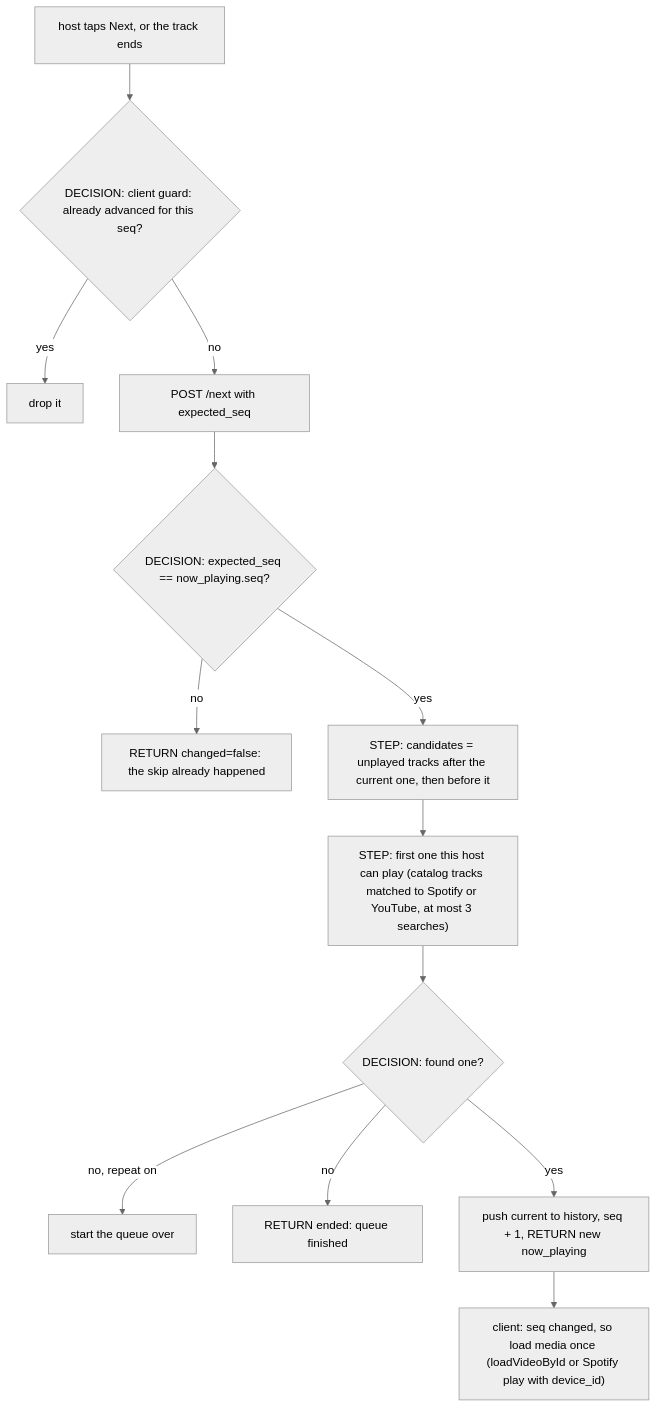
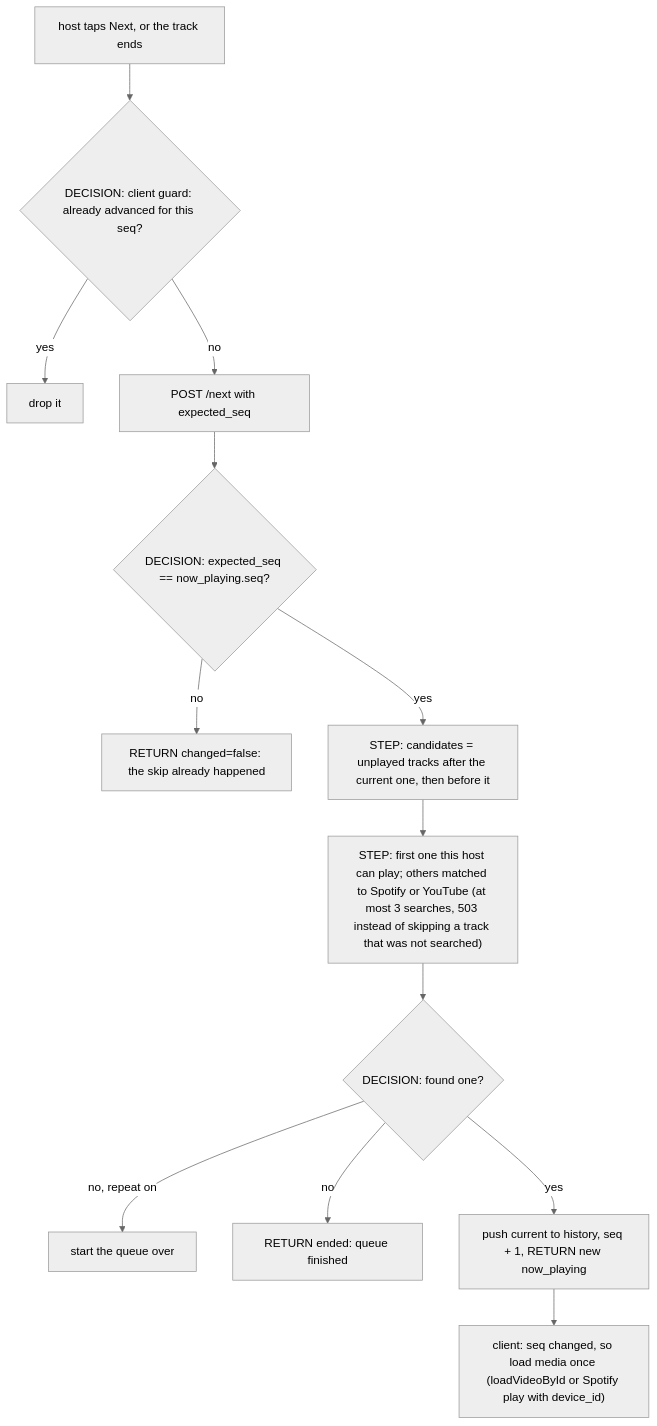
One commit to SushantTusharJoshi/ai-playlist-mixer changed the diagram in docs/cards/player.md. Above: the diagram before and after it, drawn with Mermaid (neutral theme). The commit also changed other lines of this file and 9 other files, not shown here.

First line of the commit message:
Play Spotify results through YouTube when the host has no Spotify login

````diff
--- a/docs/cards/player.md
+++ b/docs/cards/player.md
@@ -15,15 +15,15 @@
 ```mermaid
 flowchart TD
     A["host taps Next, or the track ends"] --> G{"DECISION: client guard: already advanced for this seq?"}
     G -- yes --> X["drop it"]
     G -- no --> B["POST /next with expected_seq"]
     B --> C{"DECISION: expected_seq == now_playing.seq?"}
     C -- no --> D["RETURN changed=false: the skip already happened"]
     C -- yes --> E["STEP: candidates = unplayed tracks after the current one, then before it"]
-    E --> F["STEP: first one this host can play (catalog tracks matched to Spotify or YouTube, at most 3 searches)"]
+    E --> F["STEP: first one this host can play; others matched to Spotify or YouTube (at most 3 searches, 503 instead of skipping a track that was not searched)"]
     F --> H{"DECISION: found one?"}
     H -- no, repeat on --> I["start the queue over"]
     H -- no --> J["RETURN ended: queue finished"]
     H -- yes --> K["push current to history, seq + 1, RETURN new now_playing"]
     K --> L["client: seq changed, so load media once (loadVideoById or Spotify play with device_id)"]
 ```
````
